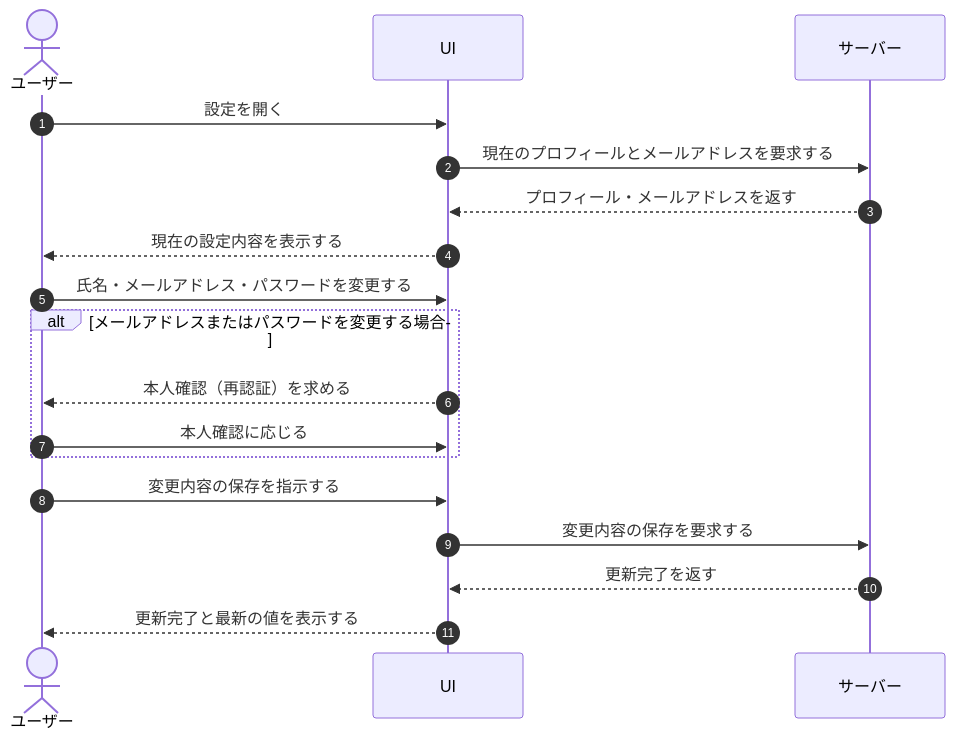
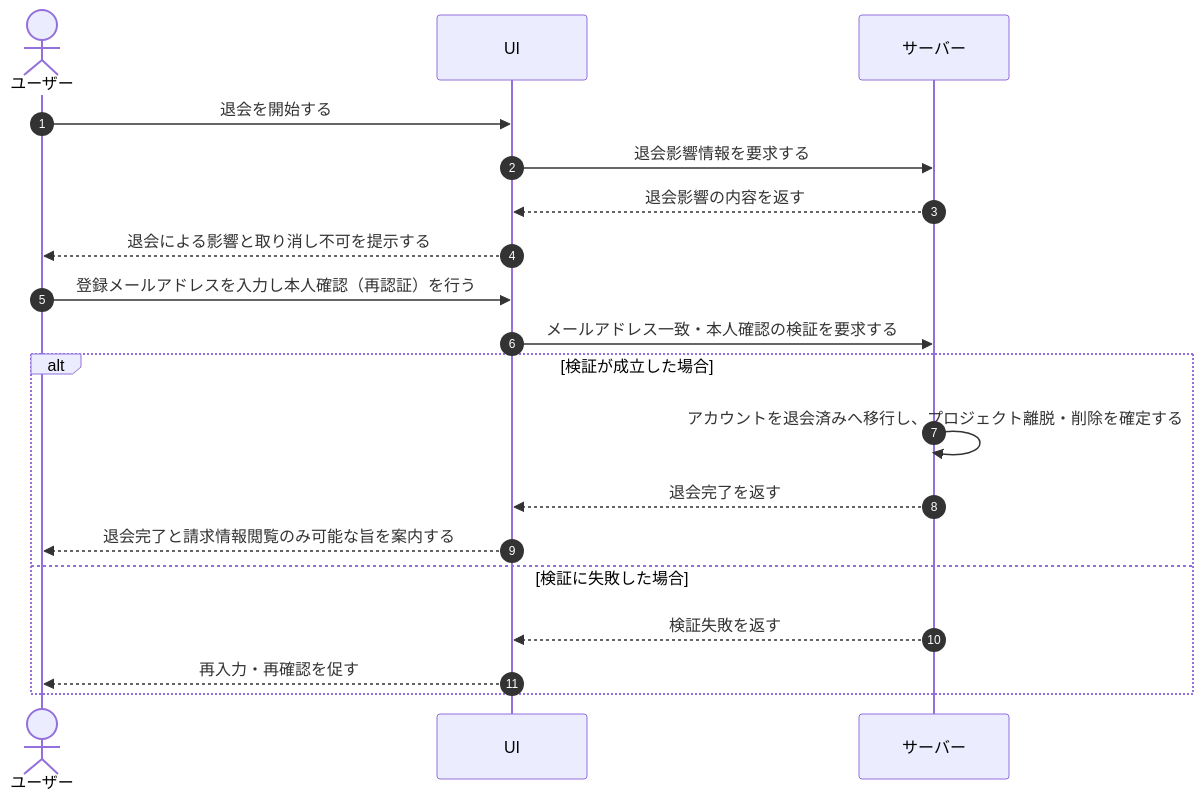
The diagram in 01_requirements/04_business_usecases/UC-022.md (sikakou54/open-faq), drawn with Mermaid before and after one commit. The commit also changed other lines of this file and 395 other files, not shown here.

````diff
--- a/01_requirements/04_business_usecases/UC-022.md
+++ b/01_requirements/04_business_usecases/UC-022.md
@@ -26,21 +26,22 @@
 ```mermaid
 sequenceDiagram
   autonumber
   actor U as ユーザー
   participant UI as UI
   participant S as サーバー
 
-  U->>UI: 設定を開く
-  UI->>S: 現在のプロフィールとメールアドレスを要求する
-  S-->>UI: プロフィール・メールアドレスを返す
-  UI-->>U: 現在の設定内容を表示する
-  U->>UI: 氏名・メールアドレス・パスワードを変更する
-  alt メールアドレスまたはパスワードを変更する場合
-    UI-->>U: 本人確認（再認証）を求める
-    U->>UI: 本人確認に応じる
+  U->>UI: 退会を開始する
+  UI->>S: 退会影響情報を要求する
+  S-->>UI: 退会影響の内容を返す
+  UI-->>U: 退会による影響と取り消し不可を提示する
+  U->>UI: 登録メールアドレスを入力し本人確認（再認証）を行う
+  UI->>S: メールアドレス一致・本人確認の検証を要求する
+  alt 検証が成立した場合
+    S->>S: アカウントを退会済みへ移行し、プロジェクト離脱・削除を確定する
+    S-->>UI: 退会完了を返す
+    UI-->>U: 退会完了と請求情報閲覧のみ可能な旨を案内する
+  else 検証に失敗した場合
+    S-->>UI: 検証失敗を返す
+    UI-->>U: 再入力・再確認を促す
   end
-  U->>UI: 変更内容の保存を指示する
-  UI->>S: 変更内容の保存を要求する
-  S-->>UI: 更新完了を返す
-  UI-->>U: 更新完了と最新の値を表示する
 ```
````
